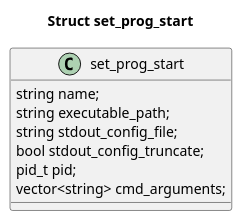
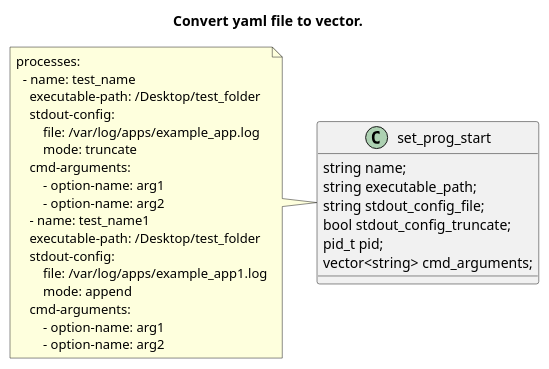
The diagram in docs/UML/Srtuct_vector.puml (ValentinSidorov/DeLorean_Team), drawn with PlantUML before and after one commit. The commit also changed 4 other files, not shown here.

```diff
--- a/docs/UML/Srtuct_vector.puml
+++ b/docs/UML/Srtuct_vector.puml
@@ -1,12 +1,32 @@
 @startuml Init_device
-title "Struct set_prog_start"
+title "Convert yaml file to vector."
 class set_prog_start {
   string name;
   string executable_path;
   string stdout_config_file;
   bool stdout_config_truncate;
   pid_t pid;
   vector<string> cmd_arguments;
 }
 
+note left
+processes:
+  - name: test_name
+    executable-path: /Desktop/test_folder
+    stdout-config:
+        file: /var/log/apps/example_app.log
+        mode: truncate
+    cmd-arguments:
+        - option-name: arg1
+        - option-name: arg2
+    - name: test_name1
+    executable-path: /Desktop/test_folder
+    stdout-config:
+        file: /var/log/apps/example_app1.log
+        mode: append
+    cmd-arguments:
+        - option-name: arg1
+        - option-name: arg2
+end note
+
 @enduml
```
